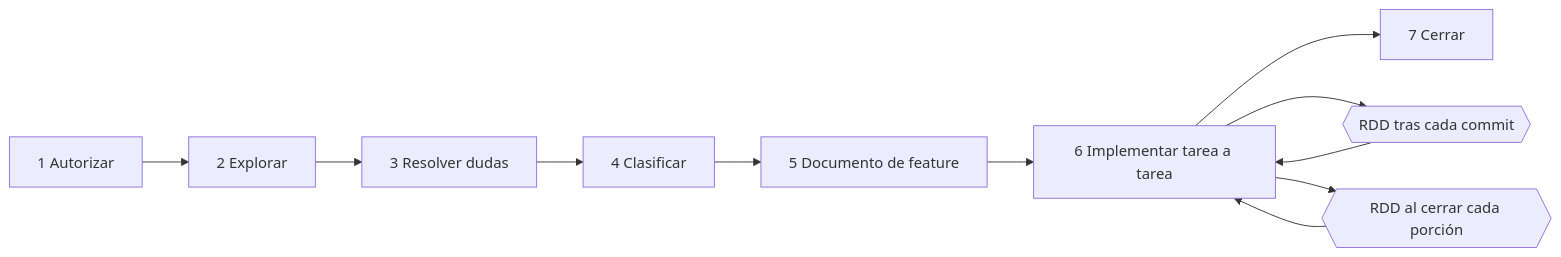
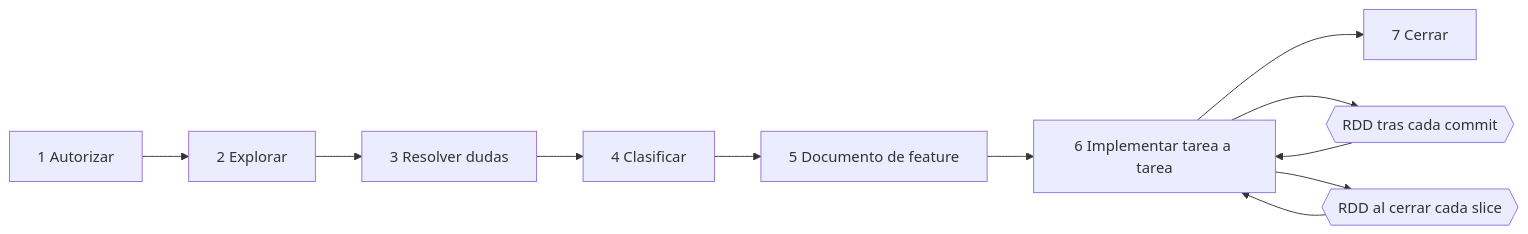
One commit to whinedo/ai-docs changed the first of 4 diagrams in md/RDD en el ciclo ODD - guía para arquitectos.md. Above: the diagram before and after it, drawn with Mermaid. The commit also changed other lines of this file and 7 other files, not shown here.

````diff
--- a/md/RDD en el ciclo ODD - guía para arquitectos.md
+++ b/md/RDD en el ciclo ODD - guía para arquitectos.md
@@ -71,8 +71,8 @@
 ```mermaid
 flowchart LR
   A[1 Autorizar] --> B[2 Explorar] --> C[3 Resolver dudas] --> D[4 Clasificar] --> E[5 Documento de feature] --> F[6 Implementar tarea a tarea] --> G[7 Cerrar]
   F --> H{{RDD tras cada commit}}
   H --> F
-  F --> S{{RDD al cerrar cada porción}}
+  F --> S{{RDD al cerrar cada slice}}
   S --> F
 ```
````
